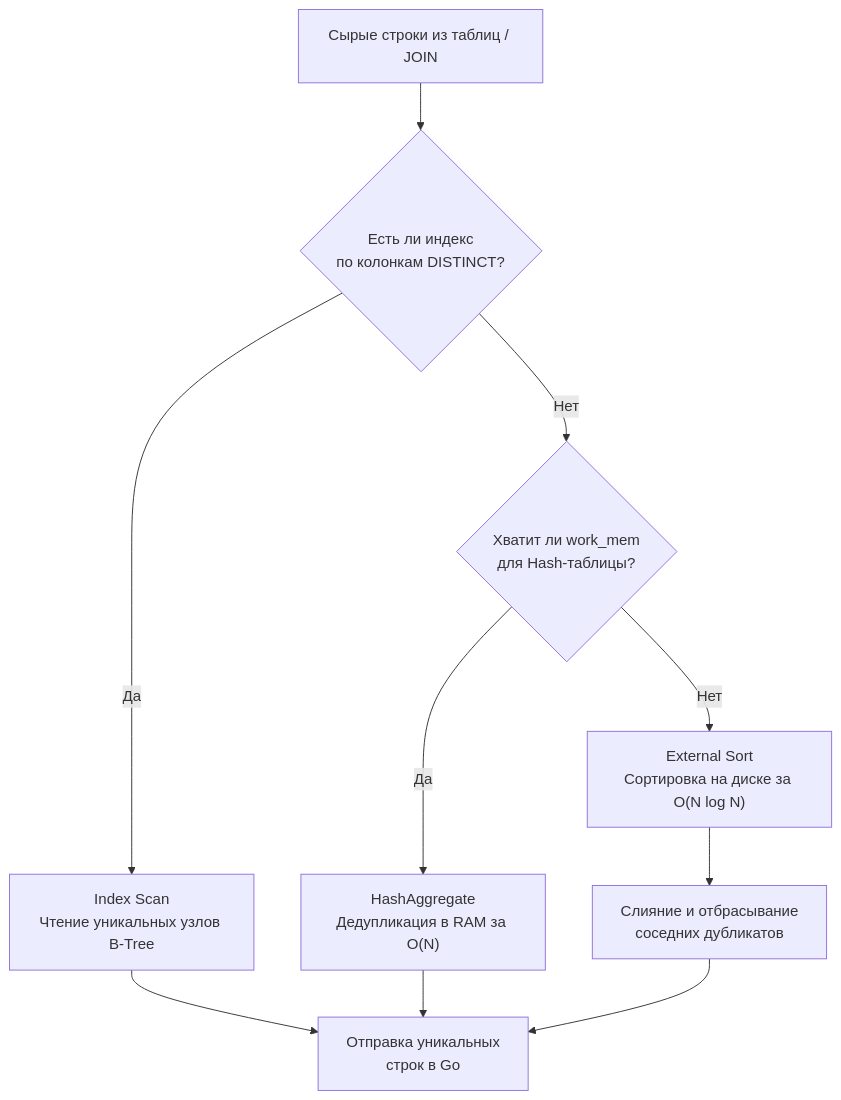
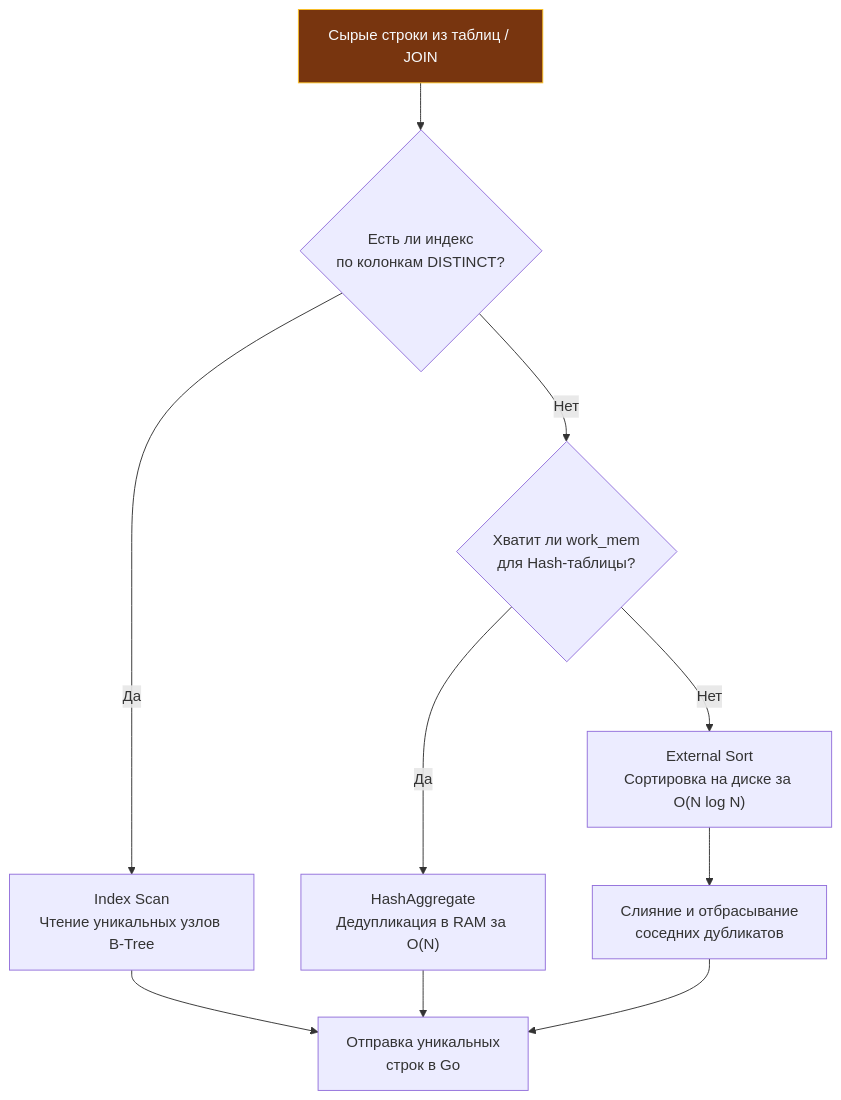
The diagram in sources/12. Базы данных/02. SQL базовый/13. DISTINCT и дубликаты.md (UnrealTemplier/go-textbook), drawn with Mermaid before and after one commit. The commit also changed 1666 other files, not shown here.

First line of the commit message:
feat(mermaid): add semantic color classDef to 1369 colorless flowchart/graph diagrams

````diff
--- a/sources/12. Базы данных/02. SQL базовый/13. DISTINCT и дубликаты.md
+++ b/sources/12. Базы данных/02. SQL базовый/13. DISTINCT и дубликаты.md
@@ -28,16 +28,26 @@
 ```mermaid
 flowchart TD
-    Source["Сырые строки из таблиц / JOIN"] --> IsIndexed{"Есть ли индекс<br>по колонкам DISTINCT?"}
+    classDef process  fill:#1e293b,stroke:#38bdf8,stroke-width:1px,color:#f8fafc
+    classDef success  fill:#064e3b,stroke:#34d399,stroke-width:1px,color:#f8fafc
+    classDef error    fill:#7f1d1d,stroke:#f87171,stroke-width:1px,color:#f8fafc
+    classDef warning  fill:#78350f,stroke:#fbbf24,stroke-width:1px,color:#f8fafc
+    classDef entry    fill:#1e3a5f,stroke:#38bdf8,stroke-width:2px,color:#f8fafc
+    classDef aux      fill:#334155,stroke:#64748b,stroke-width:1px,color:#f8fafc
+    classDef system   fill:#312e81,stroke:#a78bfa,stroke-width:1px,color:#f8fafc
+    classDef data     fill:#132d29,stroke:#2dd4bf,stroke-width:1px,color:#f8fafc
+    classDef network  fill:#881337,stroke:#fb7185,stroke-width:1px,color:#f8fafc
+    classDef accent   fill:#1e1b4b,stroke:#818cf8,stroke-width:1px,color:#f8fafc
+    Source["Сырые строки из таблиц / JOIN"]:::warning --> IsIndexed{"Есть ли индекс<br>по колонкам DISTINCT?"}
     
     IsIndexed -->|Да| IndexScan["Index Scan<br>Чтение уникальных узлов B-Tree"]
     IsIndexed -->|Нет| MemCheck{"Хватит ли work_mem<br>для Hash-таблицы?"}
     
     MemCheck -->|Да| HashAgg["HashAggregate<br>Дедупликация в RAM за O(N)"]
     MemCheck -->|Нет| Sort["External Sort<br>Сортировка на диске за O(N log N)"]
     
     Sort --> Unique["Слияние и отбрасывание<br>соседних дубликатов"]
     
     IndexScan --> Result["Отправка уникальных<br>строк в Go"]
     HashAgg --> Result
     Unique --> Result
 ```
````
